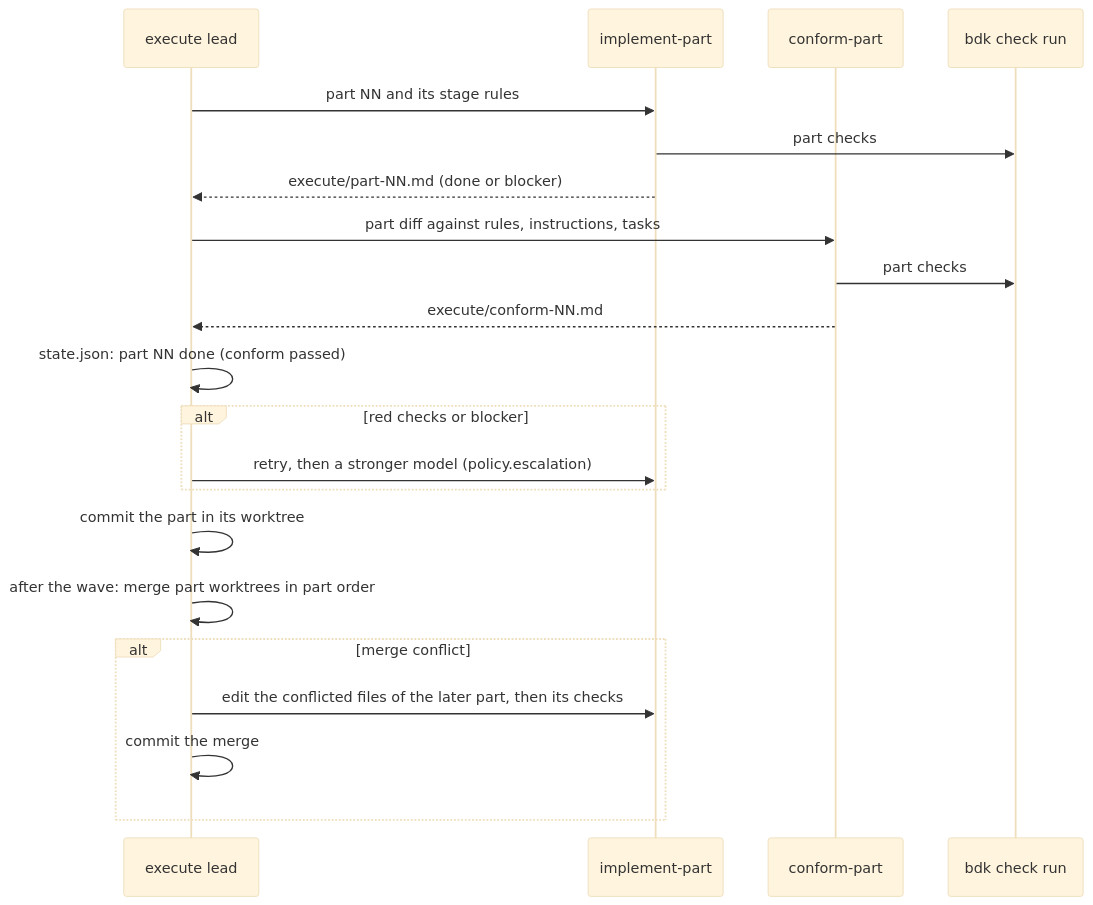
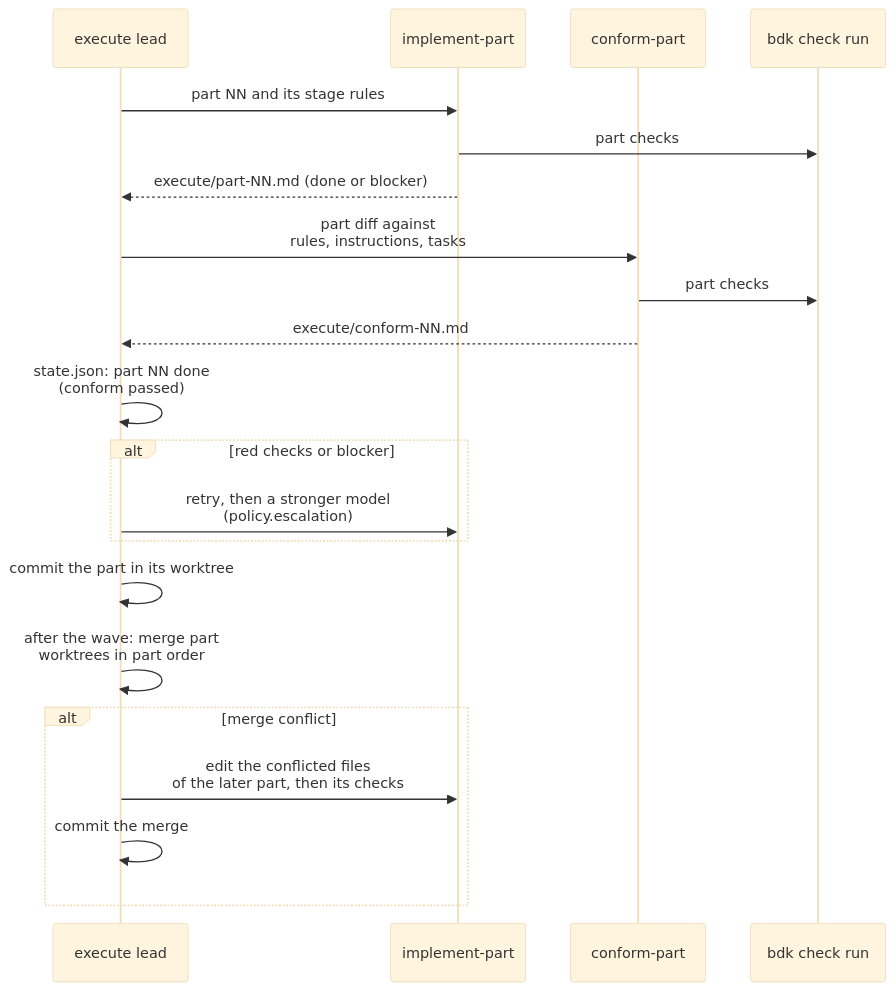
One commit to broneq/bdk changed the ninth of 12 diagrams in docs/design/2026-10-07-v3-architecture.md. Above: the diagram before and after it, drawn with Mermaid (base theme). The commit also changed other lines of this file and 10 other files, not shown here.

First line of the commit message:
fix(docs): keep sequence diagram names whole

````diff
--- a/docs/design/2026-10-07-v3-architecture.md
+++ b/docs/design/2026-10-07-v3-architecture.md
@@ -367,23 +367,23 @@
 ```mermaid
 sequenceDiagram
   participant L as execute lead
   participant I as implement-part
   participant F as conform-part
   participant C as bdk check run
   L->>I: part NN and its stage rules
   I->>C: part checks
   I-->>L: execute/part-NN.md (done or blocker)
-  L->>F: part diff against rules, instructions, tasks
+  L->>F: part diff against<br/>rules, instructions, tasks
   F->>C: part checks
   F-->>L: execute/conform-NN.md
-  L->>L: state.json: part NN done (conform passed)
+  L->>L: state.json: part NN done<br/>(conform passed)
   alt red checks or blocker
-    L->>I: retry, then a stronger model (policy.escalation)
+    L->>I: retry, then a stronger model<br/>(policy.escalation)
   end
   L->>L: commit the part in its worktree
-  L->>L: after the wave: merge part worktrees in part order
+  L->>L: after the wave: merge part<br/>worktrees in part order
   alt merge conflict
-    L->>I: edit the conflicted files of the later part, then its checks
+    L->>I: edit the conflicted files<br/>of the later part, then its checks
     L->>L: commit the merge
   end
 ```
````
